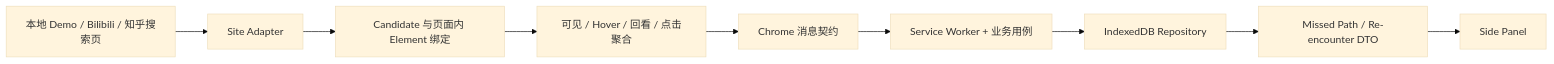
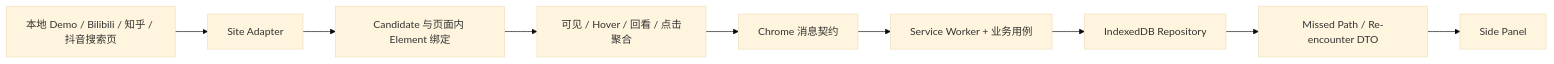
Before and after one commit to callmedog123/Dut_hksS2: the diagram in README.md, drawn with Mermaid (base theme). The commit also changed other lines of this file and 16 other files, not shown here.

````diff
--- a/README.md
+++ b/README.md
@@ -21,11 +21,11 @@
 ```mermaid
 flowchart LR
-  A[本地 Demo / Bilibili / 知乎搜索页] --> B[Site Adapter]
+  A[本地 Demo / Bilibili / 知乎 / 抖音搜索页] --> B[Site Adapter]
   B --> C[Candidate 与页面内 Element 绑定]
   C --> D[可见 / Hover / 回看 / 点击聚合]
   D --> E[Chrome 消息契约]
   E --> F[Service Worker + 业务用例]
   F --> G[IndexedDB Repository]
   G --> H[Missed Path / Re-encounter DTO]
   H --> I[Side Panel]
 ```
````
